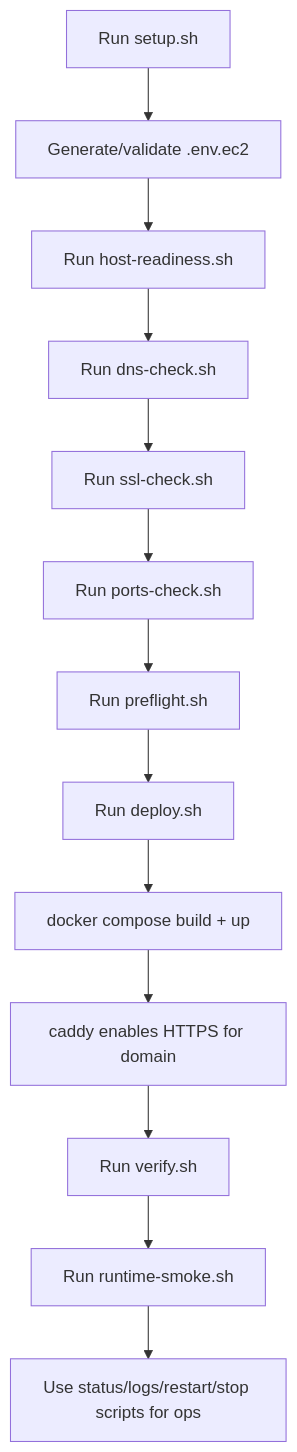
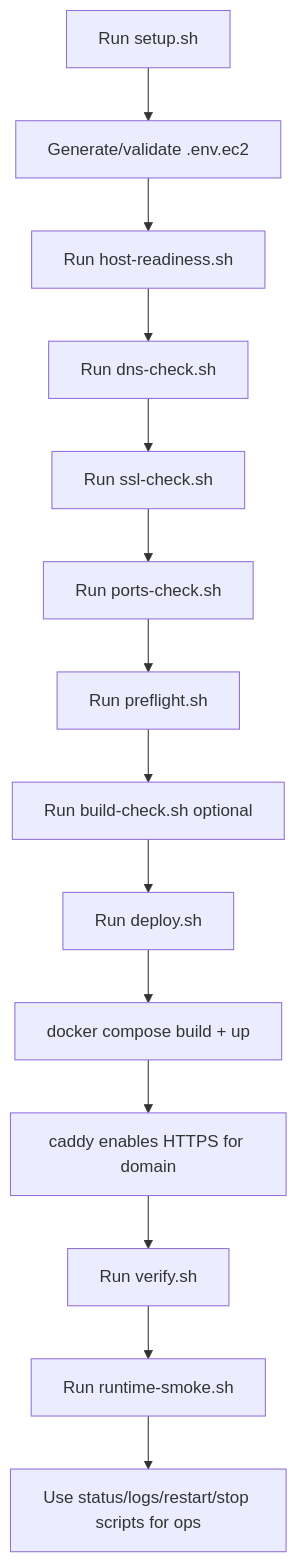
The diagram in deploy/ec2/README.md (AmanVatsSharma/MailZen-Smart-Email-Management), drawn with Mermaid before and after one commit. The commit also changed other lines of this file and 7 other files, not shown here.

````diff
--- a/deploy/ec2/README.md
+++ b/deploy/ec2/README.md
@@ -64,15 +65,16 @@
 ```mermaid
 flowchart TD
   A[Run setup.sh] --> B[Generate/validate .env.ec2]
   B --> C[Run host-readiness.sh]
   C --> D[Run dns-check.sh]
   D --> E[Run ssl-check.sh]
   E --> F[Run ports-check.sh]
   F --> G[Run preflight.sh]
-  G --> H[Run deploy.sh]
-  H --> I[docker compose build + up]
-  I --> J[caddy enables HTTPS for domain]
-  J --> K[Run verify.sh]
-  K --> L[Run runtime-smoke.sh]
-  L --> M[Use status/logs/restart/stop scripts for ops]
+  G --> H[Run build-check.sh optional]
+  H --> I[Run deploy.sh]
+  I --> J[docker compose build + up]
+  J --> K[caddy enables HTTPS for domain]
+  K --> L[Run verify.sh]
+  L --> M[Run runtime-smoke.sh]
+  M --> N[Use status/logs/restart/stop scripts for ops]
 ```
````
